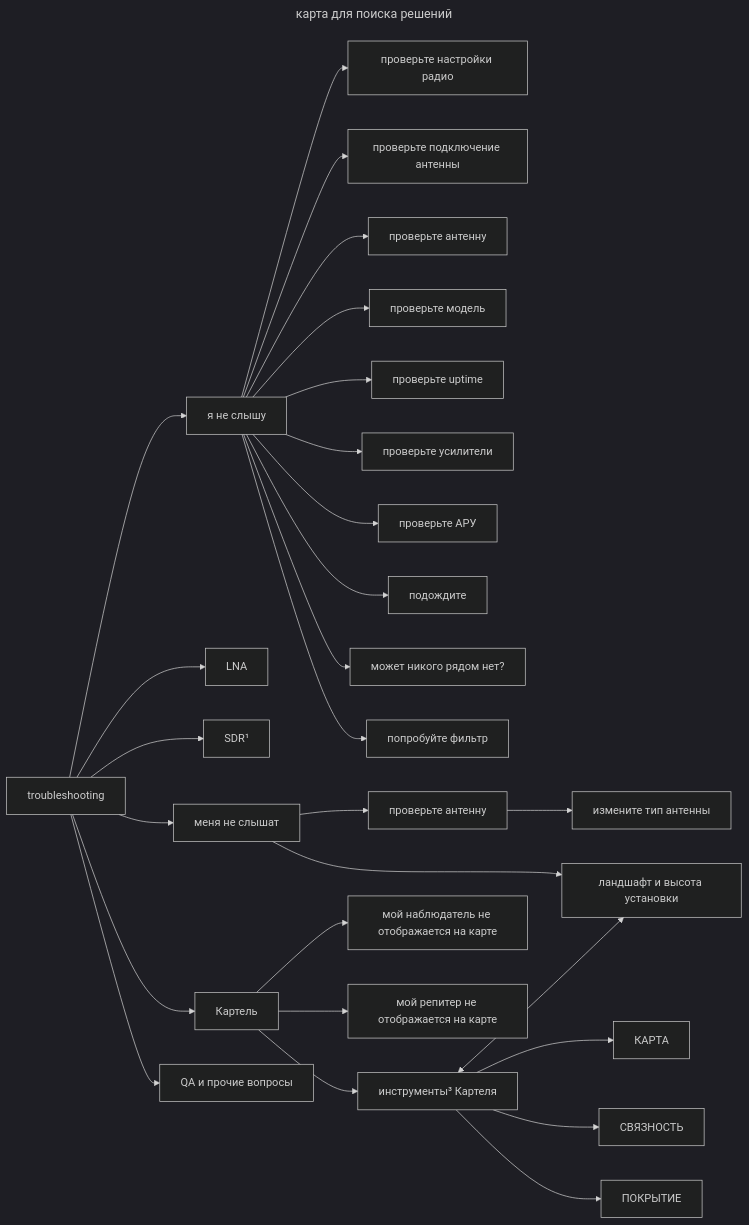
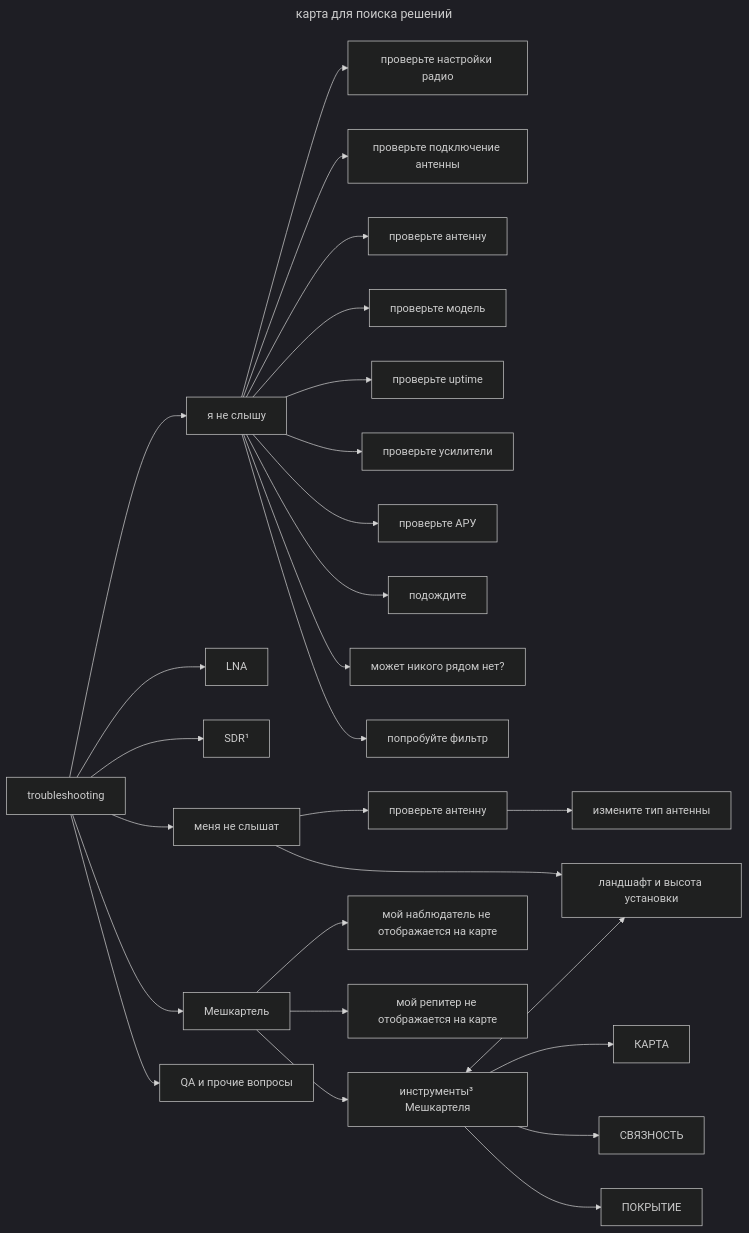
One commit to Krey81/lora changed the diagram in notes/troubleshooting.md. Above: the diagram before and after it, drawn with Mermaid (dark theme). The commit also changed other lines of this file, not shown here.

````diff
--- a/notes/troubleshooting.md
+++ b/notes/troubleshooting.md
@@ -7,31 +7,31 @@
 ```mermaid
 ---
 title: карта для поиска решений
 ---
 flowchart LR
 ts[troubleshooting] --> rx[я не слышу]
 ts --> LNA
 ts --> sdr[SDR¹]
 rx --> radio[проверьте настройки радио]
 rx --> antconn[проверьте подключение антенны]
 rx --> rxant[проверьте антенну]
 rx --> hwmodel[проверьте модель]
 rx --> uptime[проверьте uptime]
 rx --> rxgain[проверьте усилители]
 rx --> agc[проверьте АРУ]
 rx --> wait[подождите]
 rx --> investigate[может никого рядом нет?]
 rx --> bpf[попробуйте фильтр]
 ts --> tx[меня не слышат]
 tx --> txant[проверьте антенну]
 txant --> anttype[измените тип антенны]
 tx --> phys[ландшафт и высота установки]
-ts --> coretel[Картель]
+ts --> coretel[Мешкартель]
 coretel --> observer[мой наблюдатель не отображается на карте]
 coretel --> repeater[мой репитер не отображается на карте]
-coretel --> tools[инструменты³ Картеля] <--> phys
+coretel --> tools[инструменты³ Мешкартеля] <--> phys
 tools --> map[КАРТА]
 tools --> links[СВЯЗНОСТЬ]
 tools --> coverage[ПОКРЫТИЕ]
 ts --> other[QA и прочие вопросы]
 ```
````
